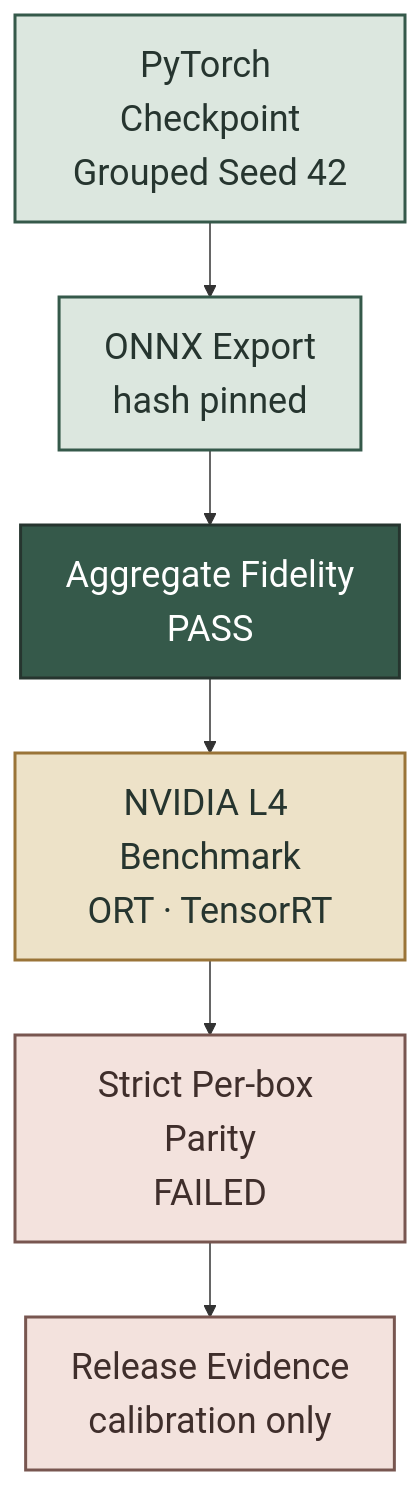
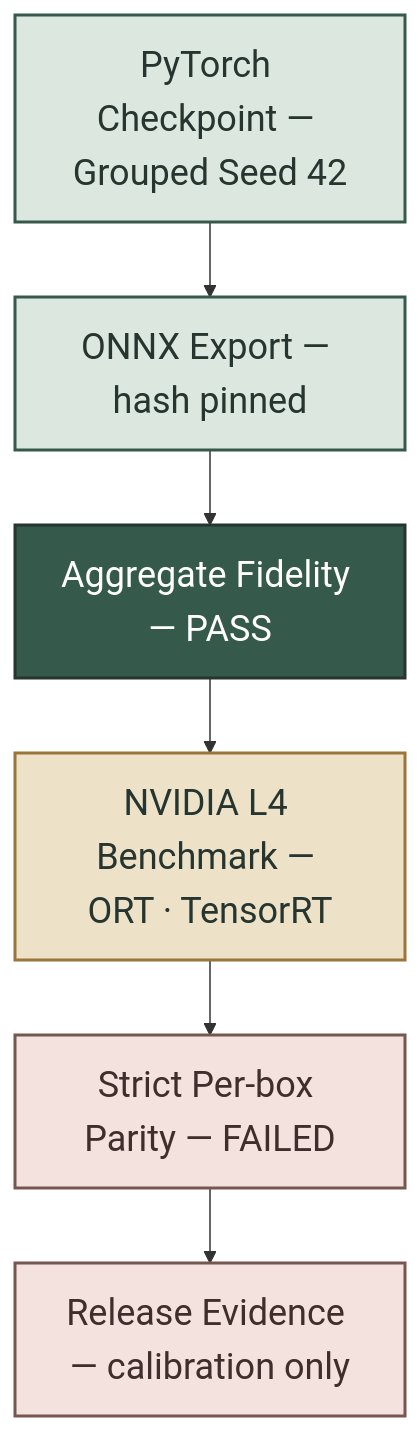
Before and after one commit to kuotunyu/pcb-defect-detection: the fifth of 5 diagrams in README.md, drawn with Mermaid. The commit also changed other lines of this file and 1 other file, not shown here.

Commit message:
docs: avoid GitHub Mermaid line-break collapse

````diff
--- a/README.md
+++ b/README.md
@@ -204,25 +204,25 @@
 ```mermaid
 %%{init: {'themeVariables': {'fontSize': '24px'}}}%%
 flowchart TB
     accTitle: ONNX fidelity 與 NVIDIA L4 多後端部署管線
     accDescr: PyTorch 模型匯出 ONNX 後進行 wrapper parity、L4 多後端 latency 與 PyTorch-reference strict per-box parity；failed gate 只發布 calibration evidence。
 
-    Source["PyTorch Checkpoint<br/>Grouped Seed 42"]
-    ONNX["ONNX Export<br/>hash pinned"]
-    Fidelity["Aggregate Fidelity<br/>PASS"]
-    Benchmark["NVIDIA L4 Benchmark<br/>ORT · TensorRT"]
-    Parity["Strict Per-box Parity<br/>FAILED"]
-    Evidence["Release Evidence<br/>calibration only"]
+    Source["PyTorch Checkpoint — Grouped Seed 42"]
+    ONNX["ONNX Export — hash pinned"]
+    Fidelity["Aggregate Fidelity — PASS"]
+    Benchmark["NVIDIA L4 Benchmark — ORT · TensorRT"]
+    Parity["Strict Per-box Parity — FAILED"]
+    Evidence["Release Evidence — calibration only"]
 
     Source --> ONNX --> Fidelity --> Benchmark --> Parity --> Evidence
 
     classDef source fill:#DCE7DF,stroke:#35594A,stroke-width:2px,color:#26352F
     classDef process fill:#EDE2C8,stroke:#9A7438,stroke-width:2px,color:#26352F
     classDef pass fill:#35594A,stroke:#26352F,stroke-width:2px,color:#FFFFFF
     classDef blocked fill:#F3E2DD,stroke:#785650,stroke-width:2px,color:#3F2E2B
 
     class Source,ONNX source
     class Benchmark process
     class Fidelity pass
     class Parity,Evidence blocked
 ```
````
